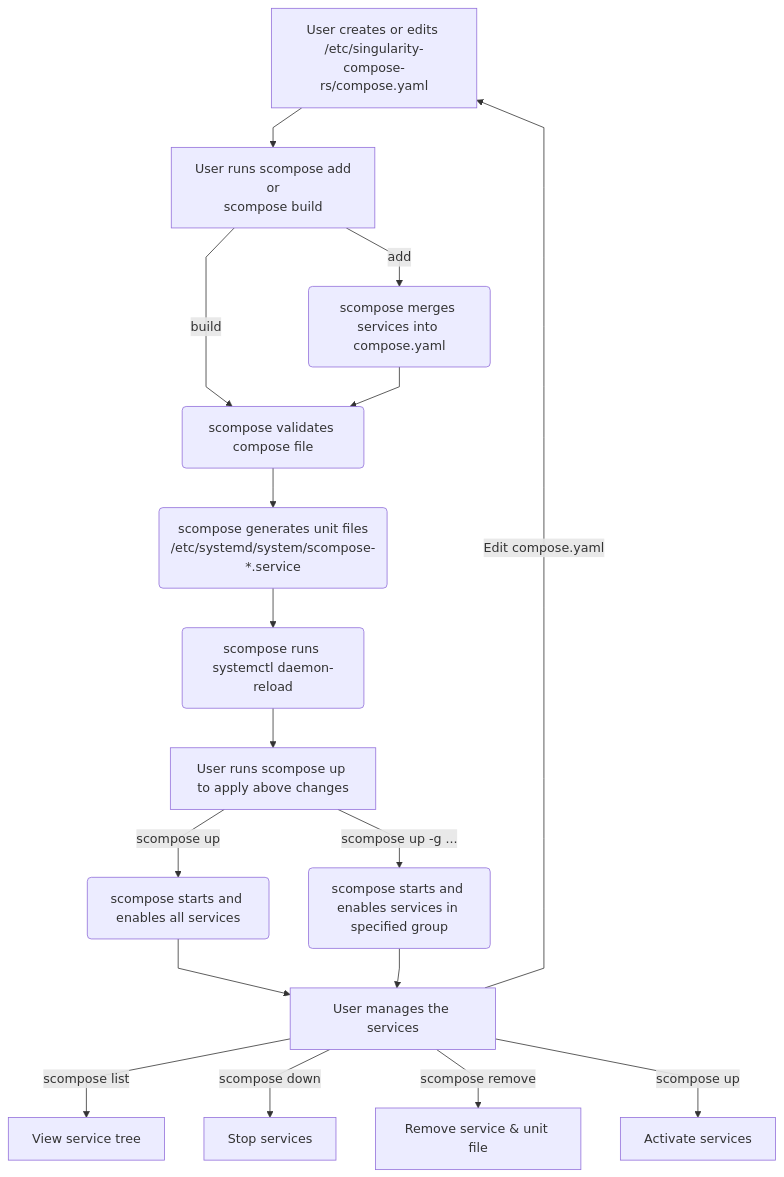
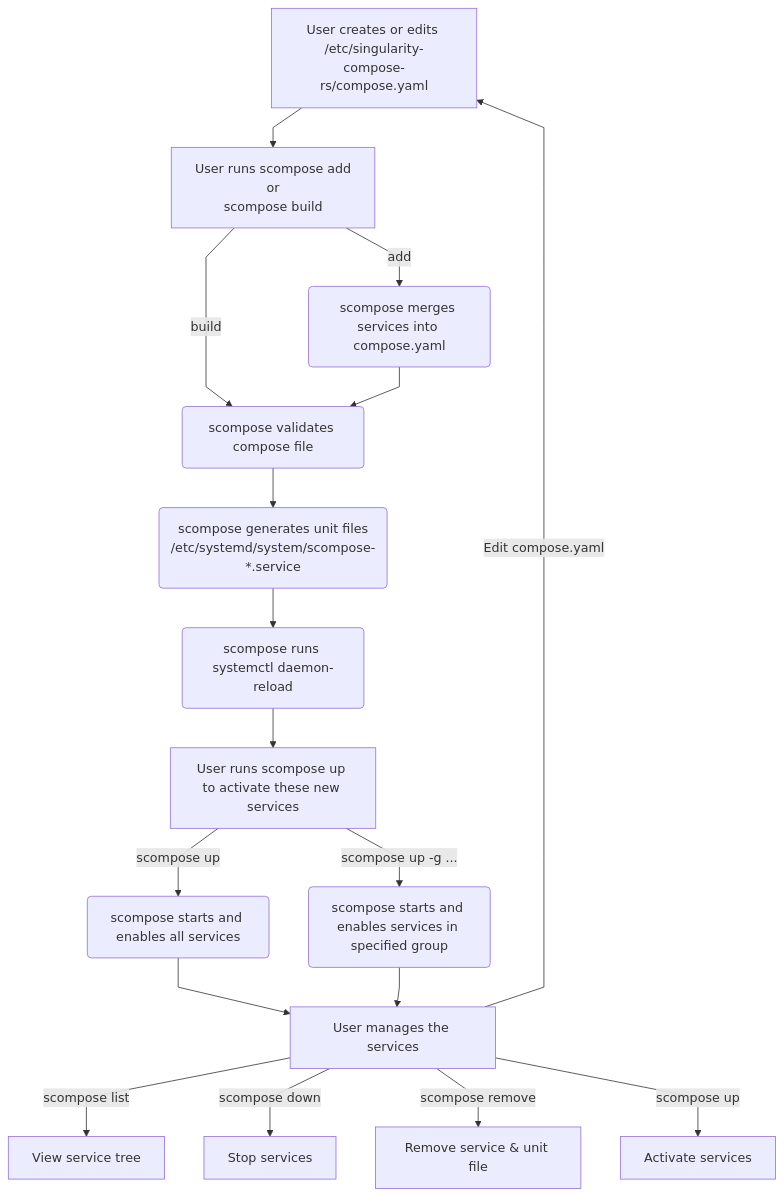
One commit to SteampunkIslande/singularity-compose-rs changed the diagram in README.md. Above: the diagram before and after it, drawn with Mermaid. The commit also changed 2 other files, not shown here.

Commit message:
Some refactoring and added a TODO list

````diff
--- a/README.md
+++ b/README.md
@@ -283,24 +283,24 @@
 ```mermaid
 ---
 config:
   flowchart:
     curve: linear
 ---
 flowchart TD
     A[User creates or edits /etc/singularity-compose-rs/compose.yaml] --> B[User runs scompose add \nor\nscompose build]
     B -->|add| C(scompose merges services into compose.yaml)
     B -->|build| D(scompose validates compose file)
     C --> D
     D --> E(scompose generates unit files\n/etc/systemd/system/scompose-*.service)
     E --> F(scompose runs systemctl daemon-reload)
-    F --> G[User runs scompose up to apply above changes]
+    F --> G[User runs scompose up to activate these new services]
     G -->|scompose up| H(scompose starts and enables all services)
     G -->|scompose up -g ...| I(scompose starts and enables services in specified group)
     H --> J[User manages the services]
     I --> J
     J -->|scompose list| K[View service tree]
     J -->|scompose down| L[Stop services]
     J -->|scompose remove <name>| M[Remove service & unit file]
     J -->|scompose up| N[Activate services]
     J -->|Edit compose.yaml| A
 ```
````
